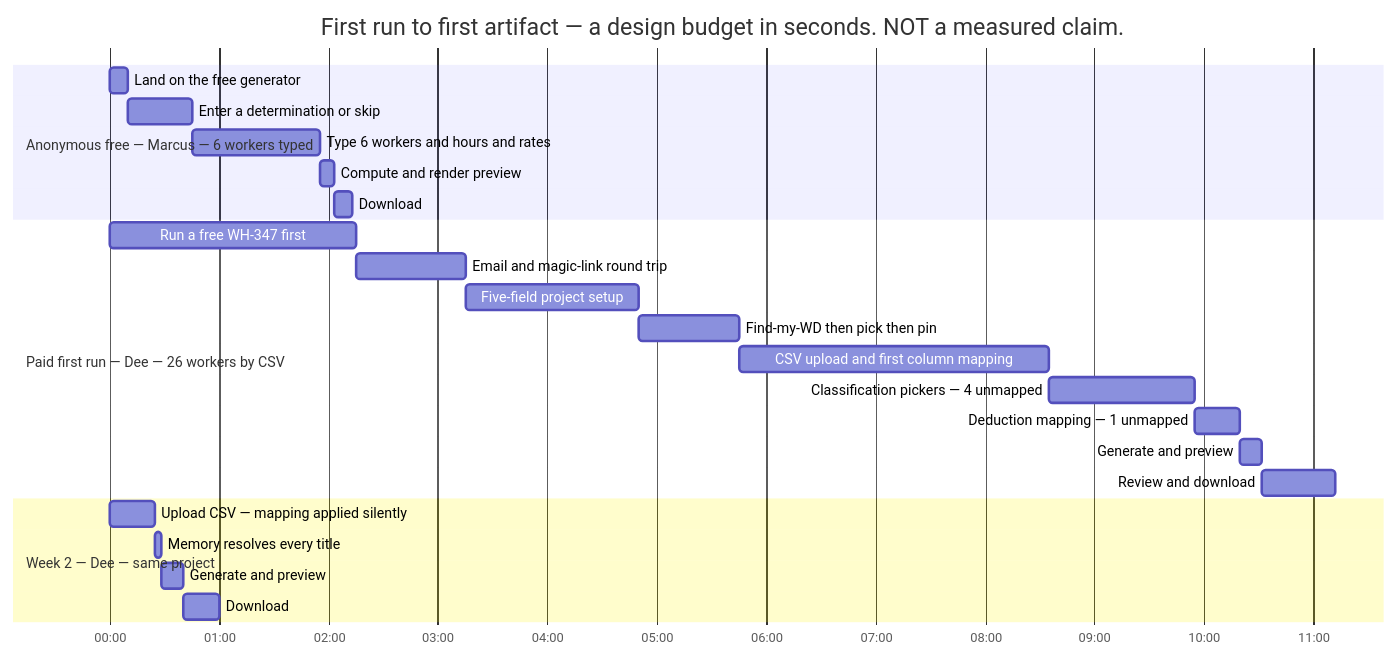
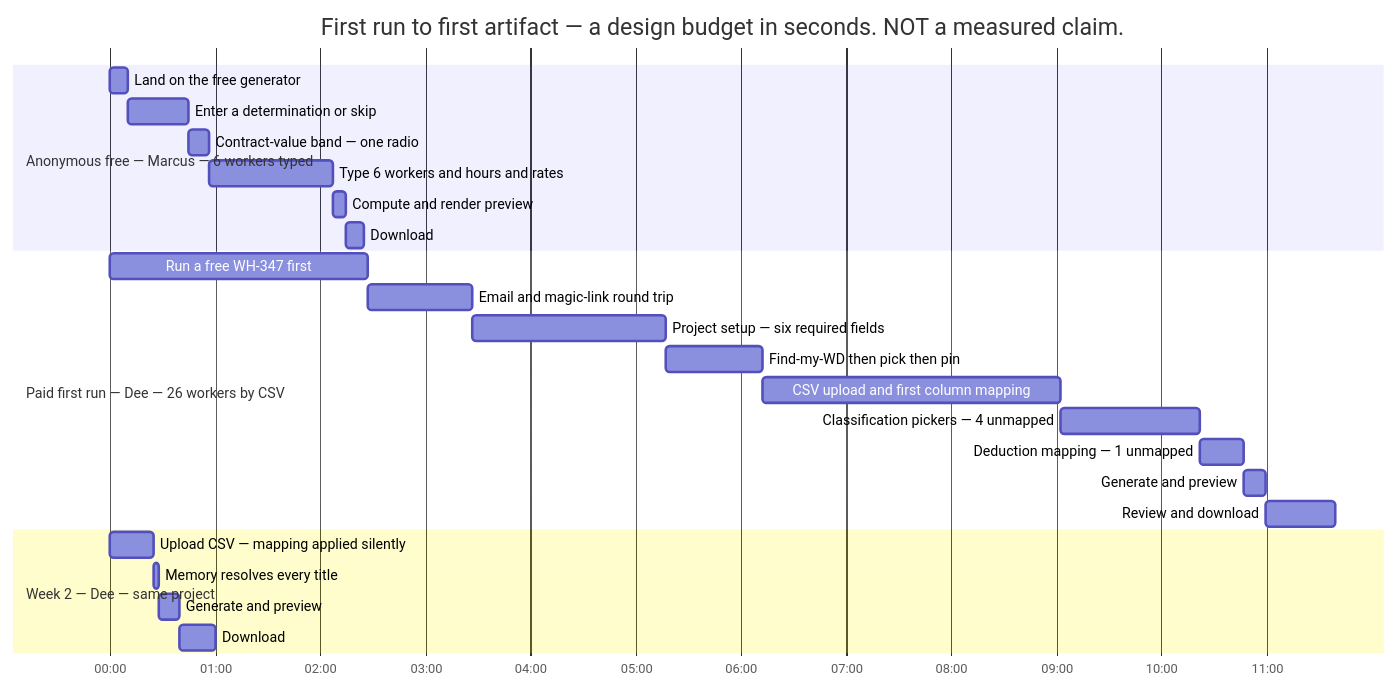
Diagram 13 of 14 in run-2/phase-2-build/architecture/USER_JOURNEY.md (ozore/Octopus), drawn with Mermaid before and after one commit. The commit also changed other lines of this file and 8 other files, not shown here.

````diff
--- a/run-2/phase-2-build/architecture/USER_JOURNEY.md
+++ b/run-2/phase-2-build/architecture/USER_JOURNEY.md
@@ -1140,30 +1380,31 @@
 ```mermaid
 gantt
     title First run to first artifact — a design budget in seconds. NOT a measured claim.
     dateFormat mm:ss
     axisFormat %M:%S
 
     section Anonymous free — Marcus — 6 workers typed
     Land on the free generator          :a1, 00:00, 10s
     Enter a determination or skip       :a2, after a1, 35s
-    Type 6 workers and hours and rates  :a3, after a2, 70s
+    Contract-value band — one radio     :a2b, after a2, 12s
+    Type 6 workers and hours and rates  :a3, after a2b, 70s
     Compute and render preview          :a4, after a3, 8s
     Download                            :a5, after a4, 10s
 
     section Paid first run — Dee — 26 workers by CSV
-    Run a free WH-347 first             :b1, 00:00, 135s
+    Run a free WH-347 first             :b1, 00:00, 147s
     Email and magic-link round trip     :b2, after b1, 60s
-    Five-field project setup            :b3, after b2, 95s
+    Project setup — six required fields :b3, after b2, 110s
     Find-my-WD then pick then pin       :b4, after b3, 55s
     CSV upload and first column mapping :b5, after b4, 170s
     Classification pickers — 4 unmapped :b6, after b5, 80s
     Deduction mapping — 1 unmapped      :b7, after b6, 25s
     Generate and preview                :b8, after b7, 12s
     Review and download                 :b9, after b8, 40s
 
     section Week 2 — Dee — same project
     Upload CSV — mapping applied silently :c1, 00:00, 25s
     Memory resolves every title           :c2, after c1, 3s
     Generate and preview                  :c3, after c2, 12s
     Download                              :c4, after c3, 20s
 ```
````
